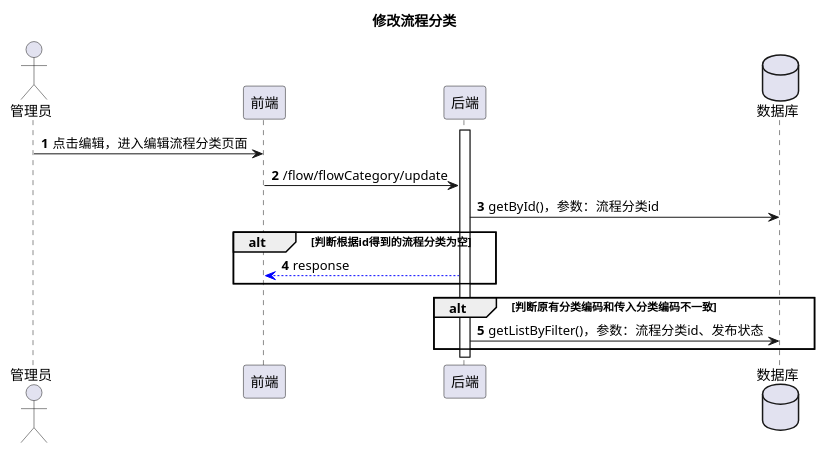
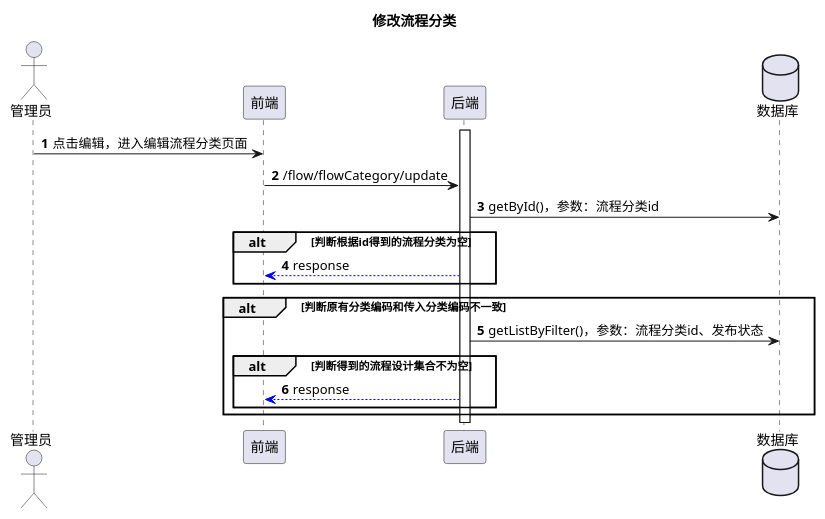
The diagram in document/uml/flow_design/修改流程分类.puml (Tooooooo/workflow_hub), drawn with PlantUML before and after one commit. The commit also changed other lines of this file, not shown here.

Commit message:
修改流程分类uml

```diff
--- a/document/uml/flow_design/修改流程分类.puml
+++ b/document/uml/flow_design/修改流程分类.puml
@@ -1,21 +1,24 @@
 @startuml
 'https://plantuml.com/sequence-diagram
 
 title 修改流程分类
 actor 管理员
 participant 前端
 participant 后端
 database 数据库
 autonumber
 
 管理员 -> 前端: 点击编辑，进入编辑流程分类页面
 前端 -> 后端: /flow/flowCategory/update
 后端 -> 数据库: getById()，参数：流程分类id
 alt 判断根据id得到的流程分类为空
 后端 --[#blue]> 前端: response
 end
 activate 后端
 alt 判断原有分类编码和传入分类编码不一致
 后端 -> 数据库: getListByFilter()，参数：流程分类id、发布状态
+alt 判断得到的流程设计集合不为空
+后端 --[#blue]> 前端: response
+end
 end
 @enduml
```
